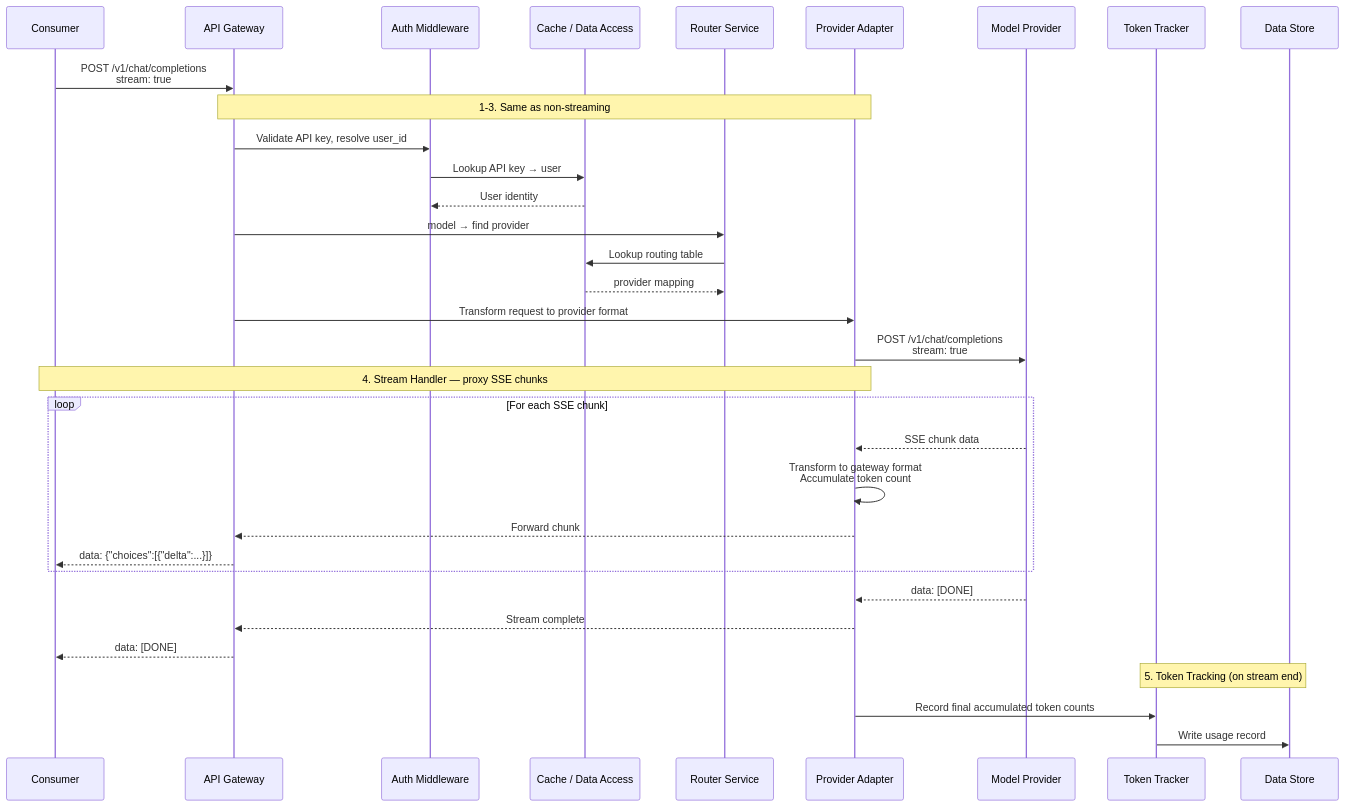
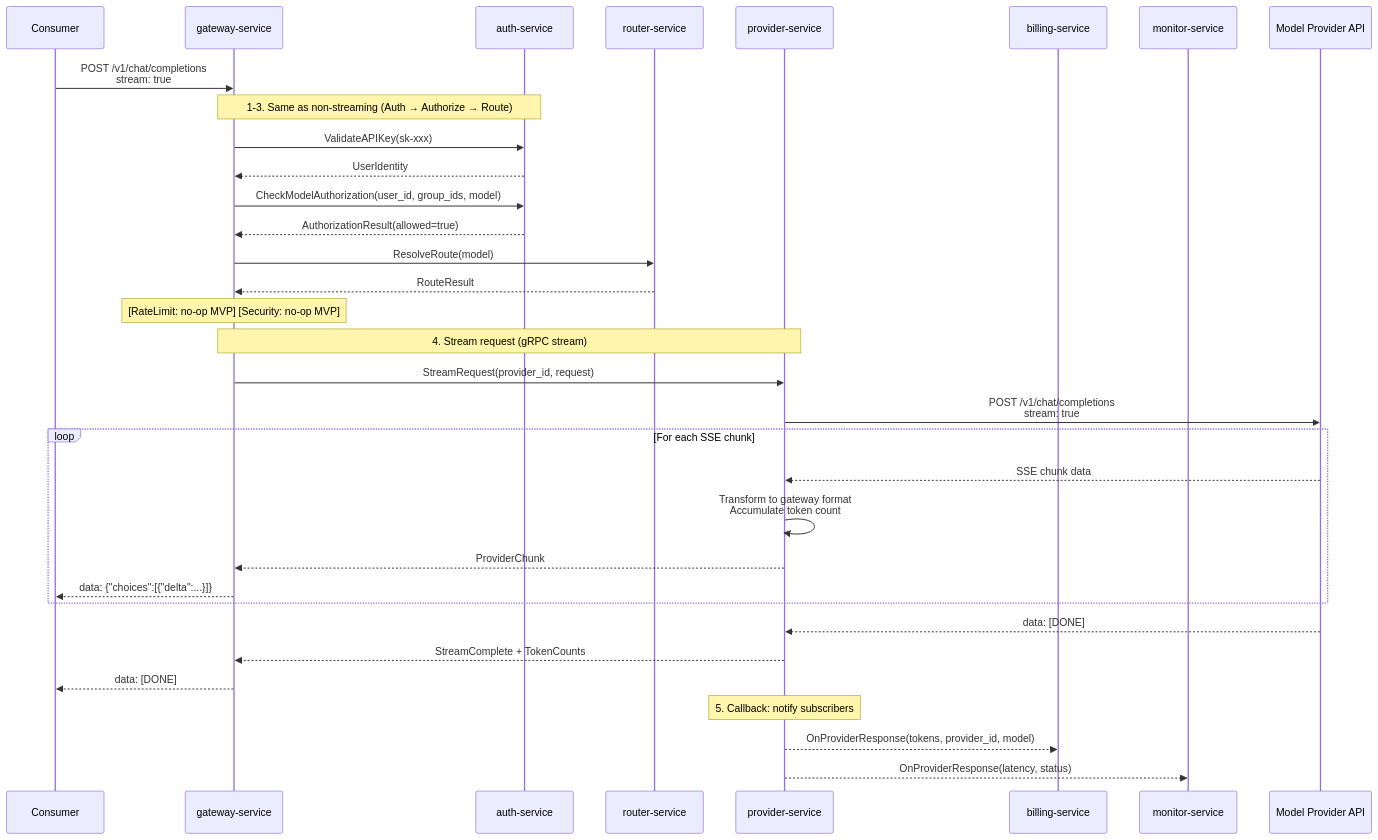
One commit to xiaozhaolhg/ai-api-gateway changed the fourth of 7 diagrams in docs/architecture_design.md. Above: the diagram before and after it, drawn with Mermaid. The commit also changed other lines of this file and 19 other files, not shown here.

````diff
--- a/docs/architecture_design.md
+++ b/docs/architecture_design.md
@@ -246,40 +606,41 @@
 ```mermaid
 sequenceDiagram
     participant C as Consumer
-    participant GW as API Gateway
-    participant Auth as Auth Middleware
-    participant Cache as Cache / Data Access
-    participant Router as Router Service
-    participant Adapter as Provider Adapter
-    participant Provider as Model Provider
-    participant Tracker as Token Tracker
-    participant Store as Data Store
+    participant GW as gateway-service
+    participant Auth as auth-service
+    participant Router as router-service
+    participant Provider as provider-service
+    participant Billing as billing-service
+    participant Monitor as monitor-service
+    participant MP as Model Provider API
 
     C->>GW: POST /v1/chat/completions<br/>stream: true
 
-    Note over GW,Adapter: 1-3. Same as non-streaming
-    GW->>Auth: Validate API key, resolve user_id
-    Auth->>Cache: Lookup API key → user
-    Cache-->>Auth: User identity
-    GW->>Router: model → find provider
-    Router->>Cache: Lookup routing table
-    Cache-->>Router: provider mapping
-    GW->>Adapter: Transform request to provider format
+    Note over GW,Auth: 1-3. Same as non-streaming (Auth → Authorize → Route)
+    GW->>Auth: ValidateAPIKey(sk-xxx)
+    Auth-->>GW: UserIdentity
+    GW->>Auth: CheckModelAuthorization(user_id, group_ids, model)
+    Auth-->>GW: AuthorizationResult(allowed=true)
+    GW->>Router: ResolveRoute(model)
+    Router-->>GW: RouteResult
 
-    Adapter->>Provider: POST /v1/chat/completions<br/>stream: true
+    Note over GW: [RateLimit: no-op MVP] [Security: no-op MVP]
 
-    Note over Adapter,C: 4. Stream Handler — proxy SSE chunks
+    Note over GW,Provider: 4. Stream request (gRPC stream)
+    GW->>Provider: StreamRequest(provider_id, request)
+    Provider->>MP: POST /v1/chat/completions<br/>stream: true
+
     loop For each SSE chunk
-        Provider-->>Adapter: SSE chunk data
-        Adapter->>Adapter: Transform to gateway format<br/>Accumulate token count
-        Adapter-->>GW: Forward chunk
+        MP-->>Provider: SSE chunk data
+        Provider->>Provider: Transform to gateway format<br/>Accumulate token count
+        Provider-->>GW: ProviderChunk
         GW-->>C: data: {"choices":[{"delta":...}]}
     end
-    Provider-->>Adapter: data: [DONE]
-    Adapter-->>GW: Stream complete
+    MP-->>Provider: data: [DONE]
+    Provider-->>GW: StreamComplete + TokenCounts
     GW-->>C: data: [DONE]
 
-    Note over Tracker,Store: 5. Token Tracking (on stream end)
-    Adapter->>Tracker: Record final accumulated token counts
-    Tracker->>Store: Write usage record
+    Note over Provider: 5. Callback: notify subscribers
+    Provider-->>Billing: OnProviderResponse(tokens, provider_id, model)
+    Provider-->>Monitor: OnProviderResponse(latency, status)
 ```
````
